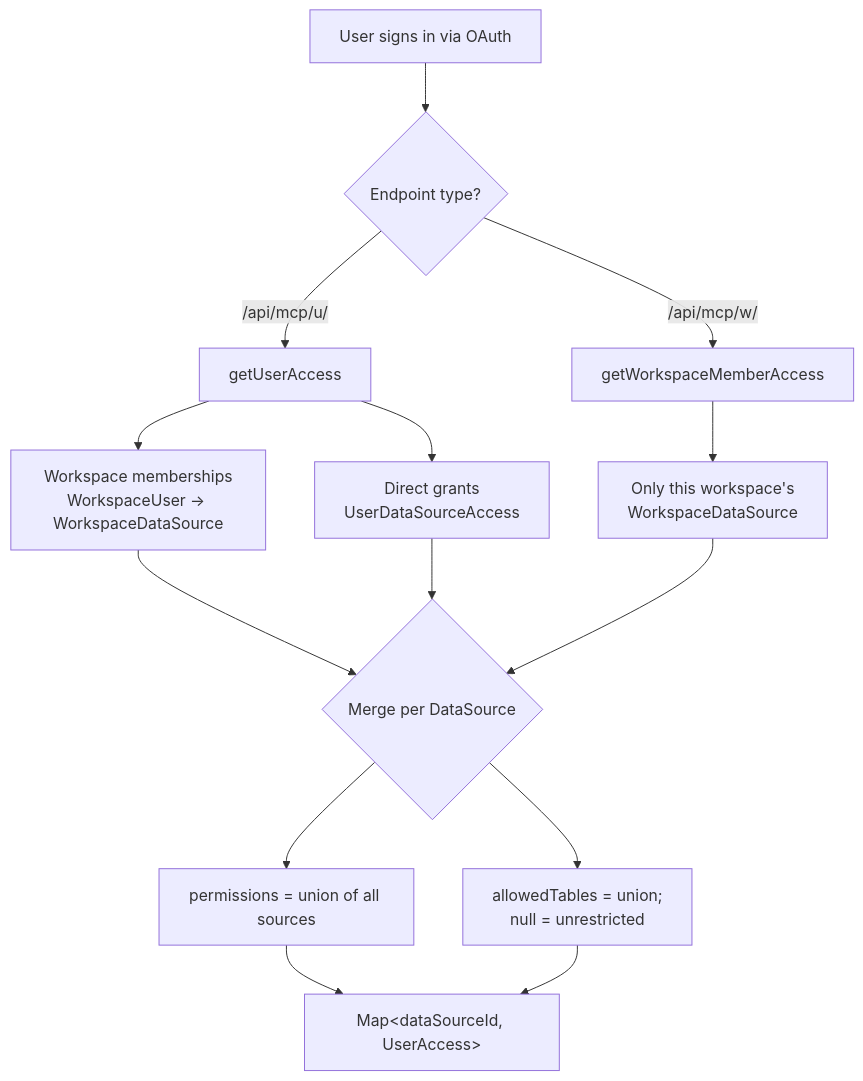
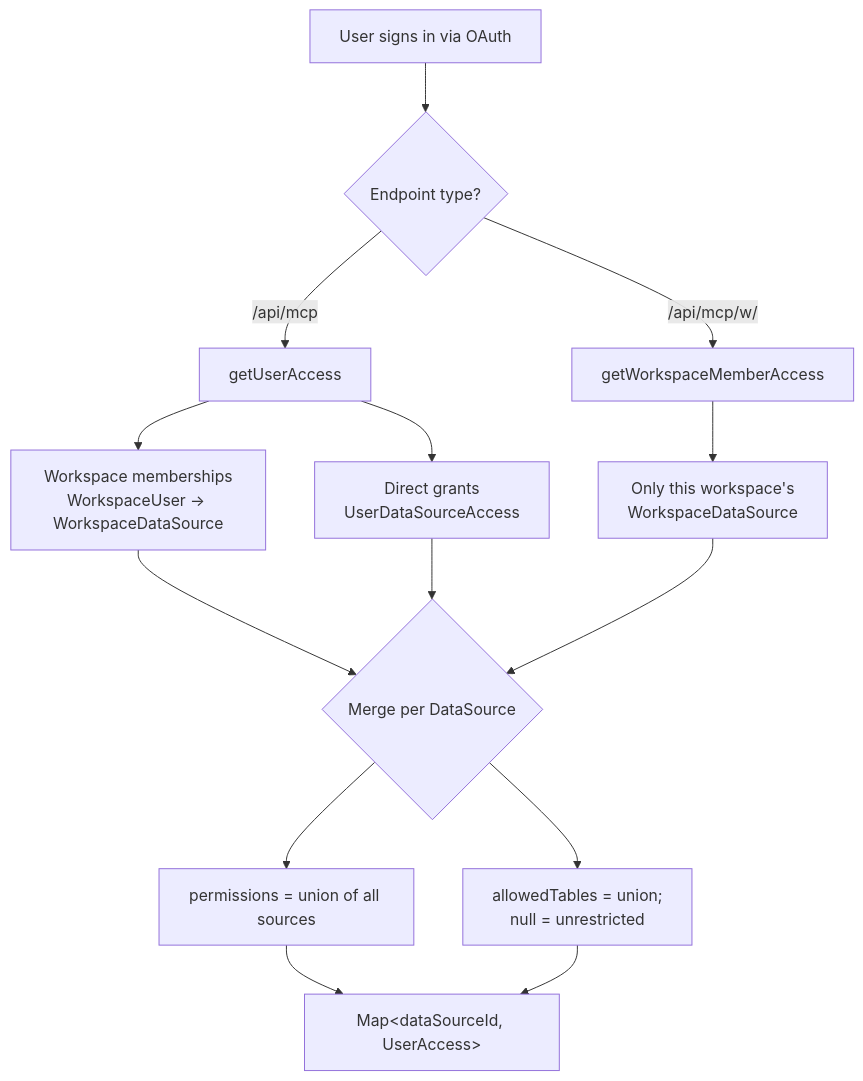
One commit to Aborsen/MCPGateway changed the fifth of 6 diagrams in SPECIFICATIONS.md. Above: the diagram before and after it, drawn with Mermaid. The commit also changed other lines of this file and 2 other files, not shown here.

````diff
--- a/SPECIFICATIONS.md
+++ b/SPECIFICATIONS.md
@@ -632,16 +740,16 @@
 ```mermaid
 flowchart TB
     A[User signs in via OAuth] --> B{Endpoint type?}
-    B -->|/api/mcp/u/| C[getUserAccess]
+    B -->|/api/mcp| C[getUserAccess]
     B -->|/api/mcp/w/| D[getWorkspaceMemberAccess]
     C --> E[Workspace memberships<br/>WorkspaceUser → WorkspaceDataSource]
     C --> F[Direct grants<br/>UserDataSourceAccess]
     D --> G[Only this workspace's<br/>WorkspaceDataSource]
     E --> H{Merge per DataSource}
     F --> H
     G --> H
     H --> I[permissions = union of all sources]
     H --> J[allowedTables = union;<br/>null = unrestricted]
     I --> K[Map&lt;dataSourceId, UserAccess&gt;]
     J --> K
 ```
````
